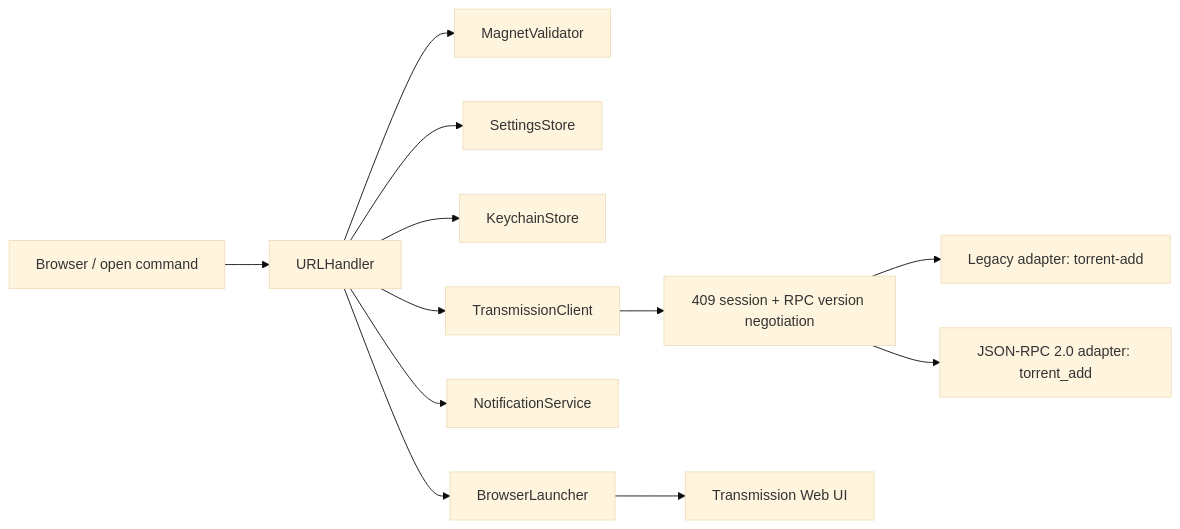
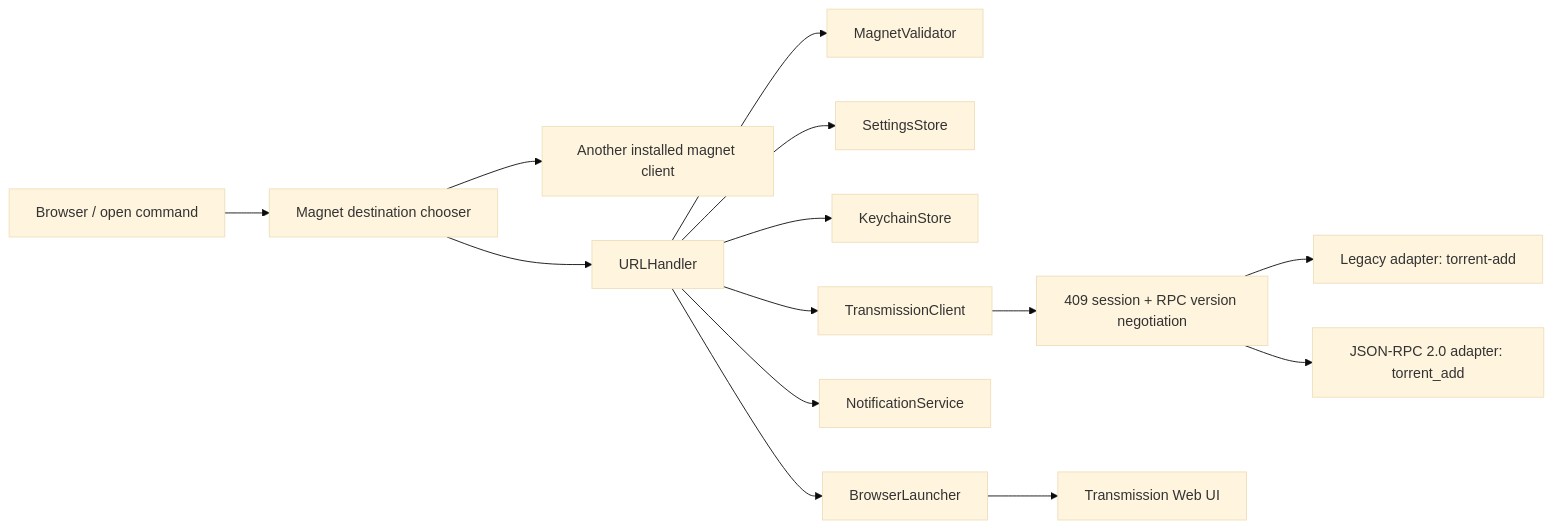
Before and after one commit to decyrus/magnet-bridge: the diagram in Documentation/Architecture.md, drawn with Mermaid (base theme). The commit also changed other lines of this file and 23 other files, not shown here.

````diff
--- a/Documentation/Architecture.md
+++ b/Documentation/Architecture.md
@@ -10,14 +10,16 @@
 ```mermaid
 flowchart LR
-    Browser["Browser / open command"] --> URLHandler
+    Browser["Browser / open command"] --> Chooser["Magnet destination chooser"]
+    Chooser --> OtherApp["Another installed magnet client"]
+    Chooser --> URLHandler
     URLHandler --> MagnetValidator
     URLHandler --> SettingsStore
     URLHandler --> KeychainStore
     URLHandler --> TransmissionClient
     TransmissionClient --> Negotiation["409 session + RPC version negotiation"]
     Negotiation --> Legacy["Legacy adapter: torrent-add"]
     Negotiation --> Modern["JSON-RPC 2.0 adapter: torrent_add"]
     URLHandler --> NotificationService
     URLHandler --> BrowserLauncher
     BrowserLauncher --> WebUI["Transmission Web UI"]
 ```
````
